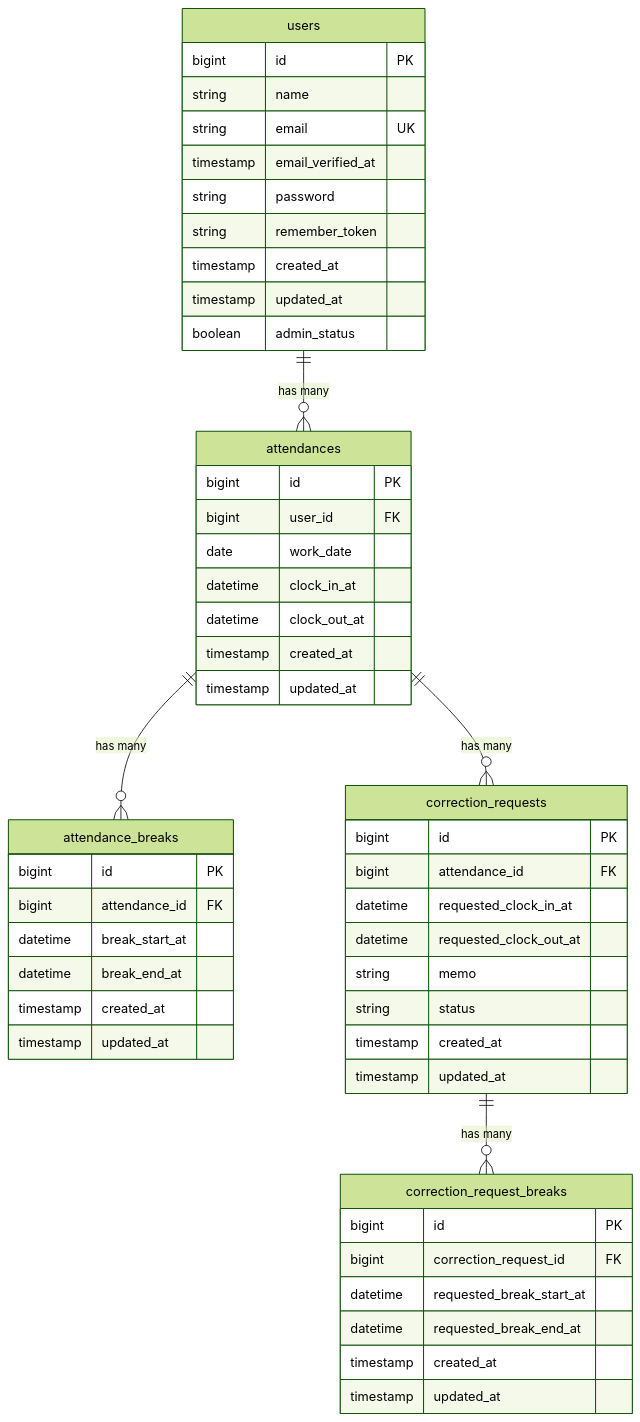
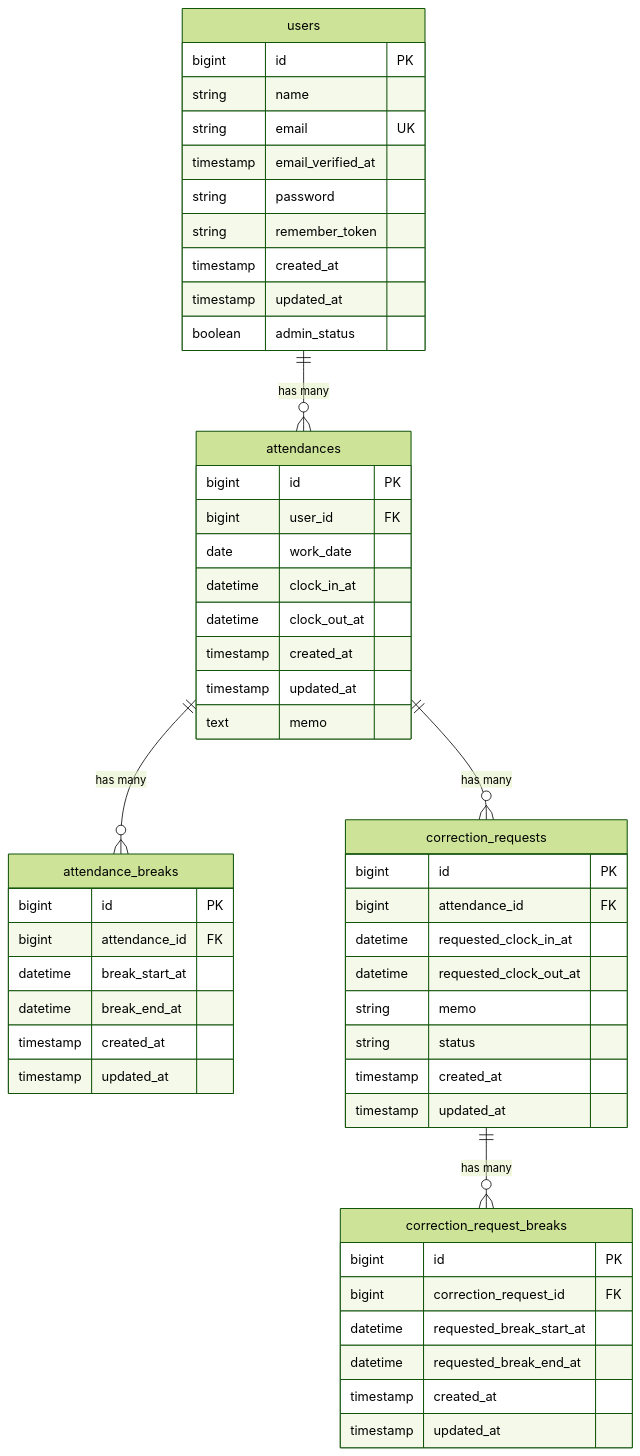
One commit to totosmy2718-netizen/attendance-app changed the diagram in README.md. Above: the diagram before and after it, drawn with Mermaid (forest theme). The commit also changed 7 other files, not shown here.

````diff
--- a/README.md
+++ b/README.md
@@ -21,59 +21,60 @@
 ```mermaid
 erDiagram
     attendances {
         bigint id PK
         bigint user_id FK
         date work_date
         datetime clock_in_at
         datetime clock_out_at
         timestamp created_at
         timestamp updated_at
+        text memo
     }
 
     attendance_breaks {
         bigint id PK
         bigint attendance_id FK
         datetime break_start_at
         datetime break_end_at
         timestamp created_at
         timestamp updated_at
     }
 
     correction_requests {
         bigint id PK
         bigint attendance_id FK
         datetime requested_clock_in_at
         datetime requested_clock_out_at
         string memo
         string status
         timestamp created_at
         timestamp updated_at
     }
 
     correction_request_breaks {
         bigint id PK
         bigint correction_request_id FK
         datetime requested_break_start_at
         datetime requested_break_end_at
         timestamp created_at
         timestamp updated_at
     }
 
     users {
         bigint id PK
         string name
         string email UK
         timestamp email_verified_at
         string password
         string remember_token
         timestamp created_at
         timestamp updated_at
         boolean admin_status
     }
 
 
     attendances ||--o{ attendance_breaks : "has many"
     attendances ||--o{ correction_requests : "has many"
     users ||--o{ attendances : "has many"
     correction_requests ||--o{ correction_request_breaks : "has many"
 ```
````
